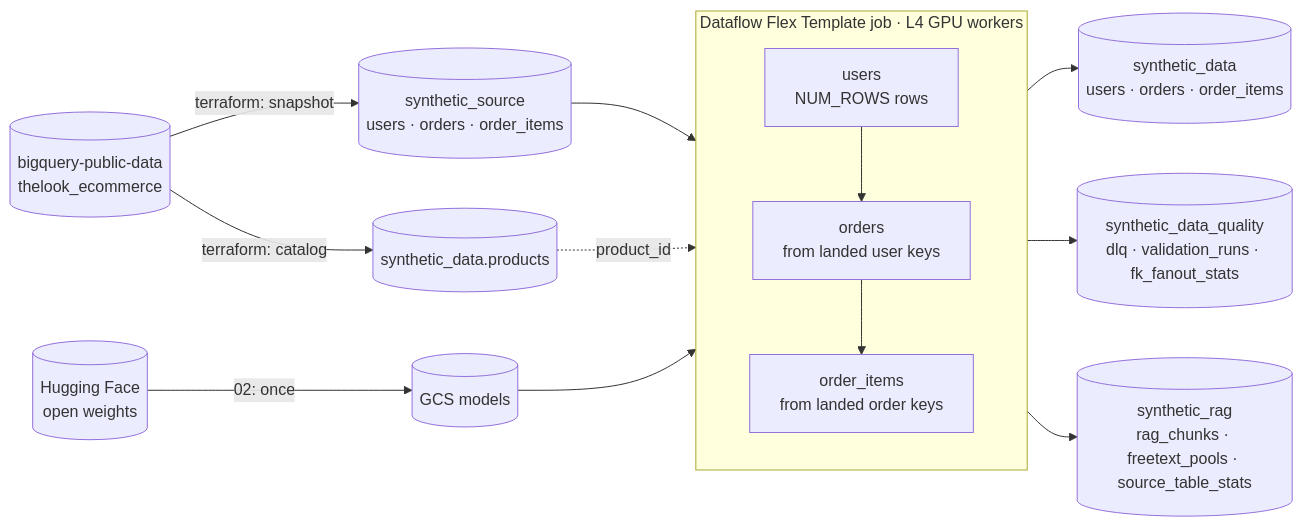
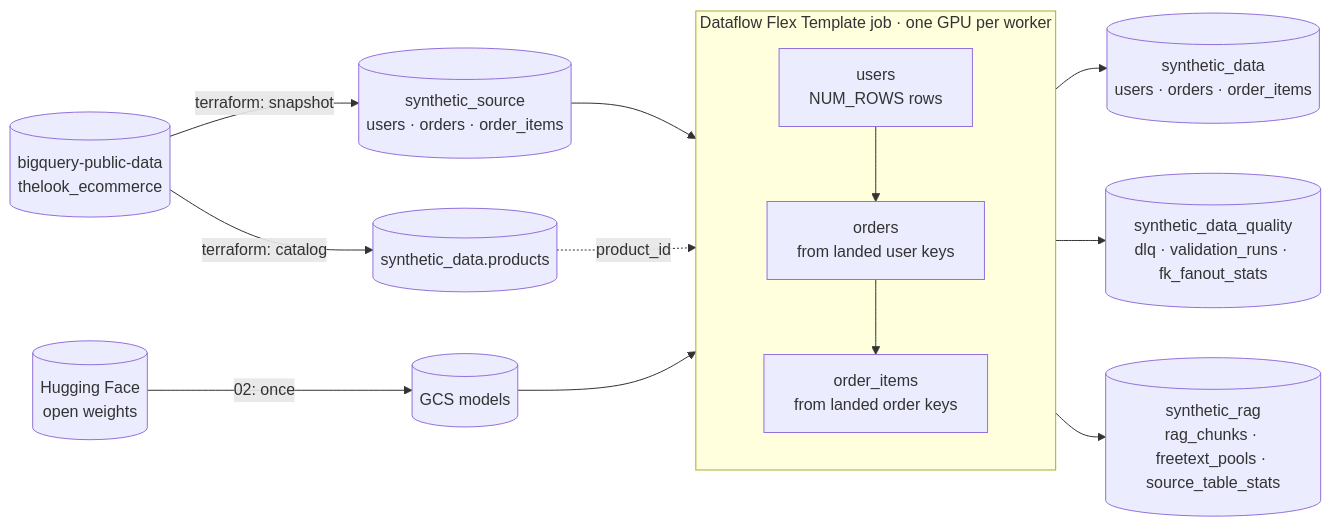
The diagram in dsg/pipeline/README.header.md (albertols/synthetic-llm-dataflow-bigquery), drawn with Mermaid before and after one commit. The commit also changed other lines of this file and 12 other files, not shown here.

````diff
--- a/dsg/pipeline/README.header.md
+++ b/dsg/pipeline/README.header.md
@@ -19,16 +19,16 @@
 ```mermaid
 flowchart LR
   pub[(bigquery-public-data<br/>thelook_ecommerce)] -->|terraform: snapshot| src[(synthetic_source<br/>users · orders · order_items)]
   pub -->|terraform: catalog| cat[(synthetic_data.products)]
   hf[(Hugging Face<br/>open weights)] -->|02: once| gcs[(GCS models)]
   gcs --> job
   src --> job
-  subgraph job [Dataflow Flex Template job · L4 GPU workers]
+  subgraph job [Dataflow Flex Template job · one GPU per worker]
     direction TB
     u[users<br/>NUM_ROWS rows] --> o[orders<br/>from landed user keys] --> i[order_items<br/>from landed order keys]
   end
   cat -.->|product_id| i
   job --> land[(synthetic_data<br/>users · orders · order_items)]
   job --> dq[(synthetic_data_quality<br/>dlq · validation_runs · fk_fanout_stats)]
   job --> rag[(synthetic_rag<br/>rag_chunks · freetext_pools · source_table_stats)]
 ```
````
